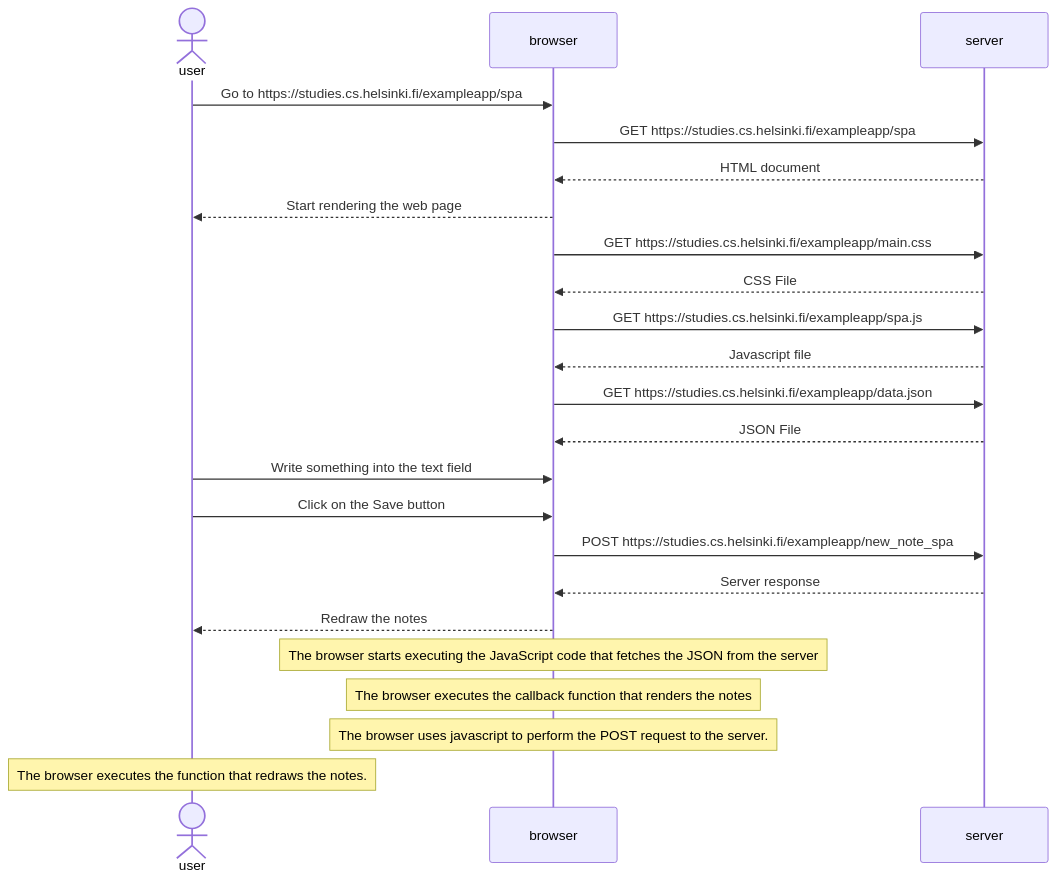
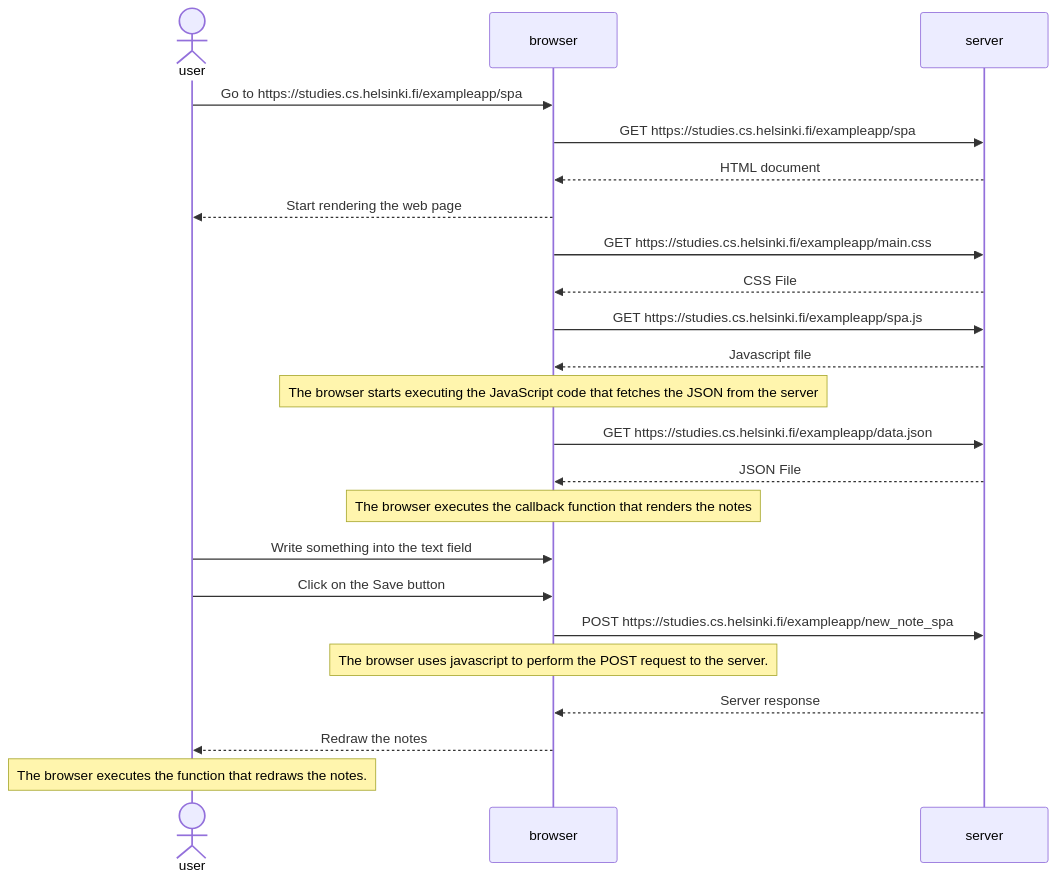
One commit to Wilky2/FullStackOpen changed the diagram in part0/NewNoteInSinglePageAppDiagram/mermaid.md. Above: the diagram before and after it, drawn with Mermaid. The commit also changed 2 other files, not shown here.

Commit message:
Some correction to exercise 0.5 and 0.6

````diff
--- a/part0/NewNoteInSinglePageAppDiagram/mermaid.md
+++ b/part0/NewNoteInSinglePageAppDiagram/mermaid.md
@@ -1,27 +1,26 @@
 ```mermaid
 sequenceDiagram
     actor user
     participant browser
     participant server
 
     user ->> browser: Go to https://studies.cs.helsinki.fi/exampleapp/spa
     browser ->> server: GET https://studies.cs.helsinki.fi/exampleapp/spa
     server -->> browser: HTML document
     browser -->> user: Start rendering the web page
     browser ->> server: GET https://studies.cs.helsinki.fi/exampleapp/main.css
     server -->> browser: CSS File
     browser ->> server: GET https://studies.cs.helsinki.fi/exampleapp/spa.js
     server -->> browser: Javascript file
+    note over browser: The browser starts executing the JavaScript code that fetches the JSON from the server
     browser ->> server: GET https://studies.cs.helsinki.fi/exampleapp/data.json
     server -->> browser: JSON File
+    note over browser: The browser executes the callback function that renders the notes
     user ->> browser: Write something into the text field
     user ->> browser: Click on the Save button
     browser ->> server: POST https://studies.cs.helsinki.fi/exampleapp/new_note_spa
+    note over browser: The browser uses javascript to perform the POST request to the server.
     server -->> browser: Server response
     browser -->> user: Redraw the notes
-
-    note over browser: The browser starts executing the JavaScript code that fetches the JSON from the server
-    note over browser: The browser executes the callback function that renders the notes
-    note over browser: The browser uses javascript to perform the POST request to the server.
     note over user: The browser executes the function that redraws the notes.
 ```
````
